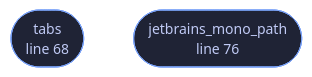
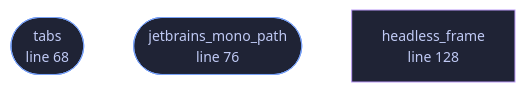
One commit to tilas01/veilvoice changed the diagram in docs/files/veilvoice-gui/lib.md. Above: the diagram before and after it, drawn with Mermaid. The commit also changed other lines of this file and 137 other files, not shown here.

````diff
--- a/docs/files/veilvoice-gui/lib.md
+++ b/docs/files/veilvoice-gui/lib.md
@@ -105,10 +105,14 @@
 ```mermaid
 %%{init: {"theme":"base","themeVariables":{"background":"#1a1b26","primaryColor":"#1f2335","primaryTextColor":"#c0caf5","primaryBorderColor":"#7aa2f7","secondaryColor":"#16161e","tertiaryColor":"#16161e","lineColor":"#737aa2","textColor":"#c0caf5","mainBkg":"#1f2335","nodeBorder":"#7aa2f7","clusterBkg":"#16161e","clusterBorder":"#2f3549","fontFamily":"ui-monospace, SFMono-Regular, Consolas, monospace","fontSize":"14px"}}}%%
 flowchart TD
     n_tabs(["tabs<br/>line 68"])
     n_jetbrains_mono_path(["jetbrains_mono_path<br/>line 76"])
+    n_headless_frame["headless_frame<br/>line 128"]
     click n_tabs href "https://github.com/tilas01/veilvoice/blob/main/crates/veilvoice-gui/src/lib.rs#L68" "open the source"
     click n_jetbrains_mono_path href "https://github.com/tilas01/veilvoice/blob/main/crates/veilvoice-gui/src/lib.rs#L76" "open the source"
+    click n_headless_frame href "https://github.com/tilas01/veilvoice/blob/main/crates/veilvoice-gui/src/lib.rs#L128" "open the source"
     classDef entry fill:#1f2335,stroke:#7aa2f7,color:#c0caf5
     class n_tabs,n_jetbrains_mono_path entry
+    classDef helper fill:#1f2335,stroke:#bb9af7,color:#c0caf5
+    class n_headless_frame helper
 ```
````
